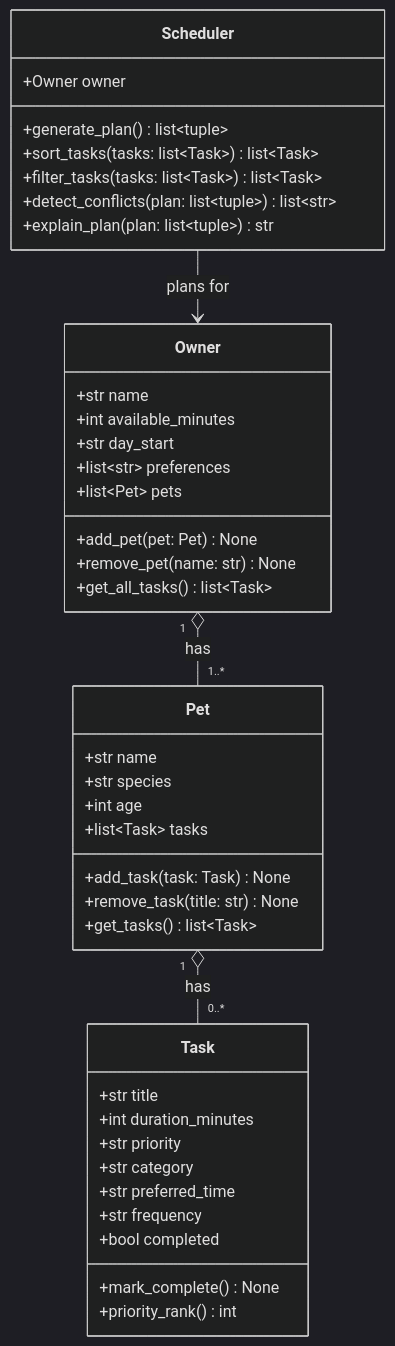
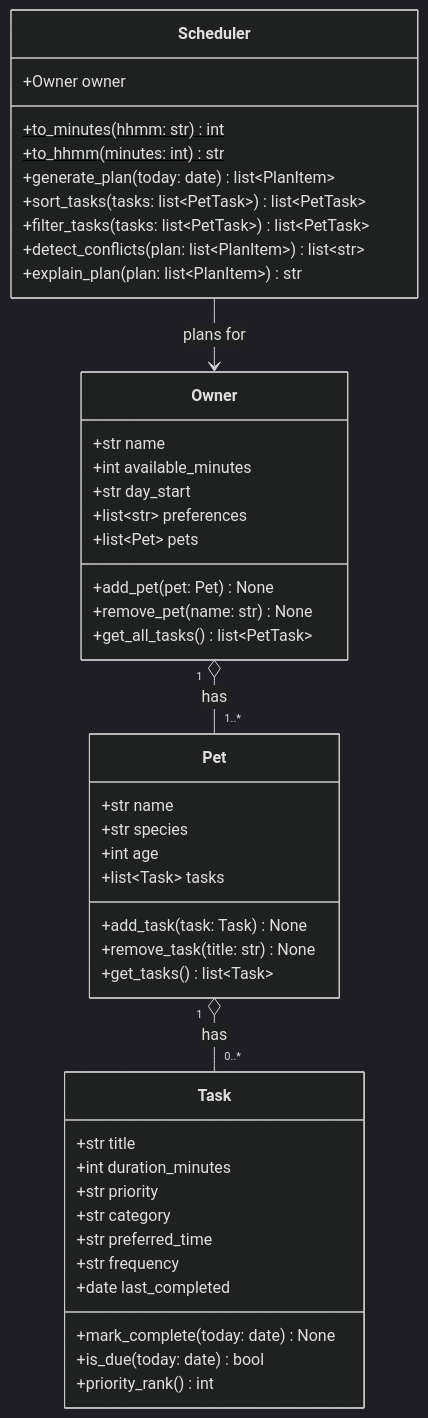
One commit to arnoldlperez/ai110-module2show-pawpal-starter changed the diagram in diagrams/uml_draft.mmd. Above: the diagram before and after it, drawn with Mermaid (dark theme). The commit also changed 2 other files, not shown here.

```diff
--- a/diagrams/uml_draft.mmd
+++ b/diagrams/uml_draft.mmd
@@ -1,48 +1,52 @@
 classDiagram
     %% Draft UML for PawPal+ (Phase 1). Revisit and update in Phase 6.
+    %% PetTask = (Pet, Task) pair. PlanItem = (start "HH:MM", Pet, Task, reason).
 
     class Owner {
         +str name
         +int available_minutes
         +str day_start
         +list~str~ preferences
         +list~Pet~ pets
         +add_pet(pet: Pet) None
         +remove_pet(name: str) None
-        +get_all_tasks() list~Task~
+        +get_all_tasks() list~PetTask~
     }
 
     class Pet {
         +str name
         +str species
         +int age
         +list~Task~ tasks
         +add_task(task: Task) None
         +remove_task(title: str) None
         +get_tasks() list~Task~
     }
 
     class Task {
         +str title
         +int duration_minutes
         +str priority
         +str category
         +str preferred_time
         +str frequency
-        +bool completed
-        +mark_complete() None
+        +date last_completed
+        +mark_complete(today: date) None
+        +is_due(today: date) bool
         +priority_rank() int
     }
 
     class Scheduler {
         +Owner owner
-        +generate_plan() list~tuple~
-        +sort_tasks(tasks: list~Task~) list~Task~
-        +filter_tasks(tasks: list~Task~) list~Task~
-        +detect_conflicts(plan: list~tuple~) list~str~
-        +explain_plan(plan: list~tuple~) str
+        +to_minutes(hhmm: str)$ int
+        +to_hhmm(minutes: int)$ str
+        +generate_plan(today: date) list~PlanItem~
+        +sort_tasks(tasks: list~PetTask~) list~PetTask~
+        +filter_tasks(tasks: list~PetTask~) list~PetTask~
+        +detect_conflicts(plan: list~PlanItem~) list~str~
+        +explain_plan(plan: list~PlanItem~) str
     }
 
     Owner "1" o-- "1..*" Pet : has
     Pet "1" o-- "0..*" Task : has
     Scheduler --> Owner : plans for
```
